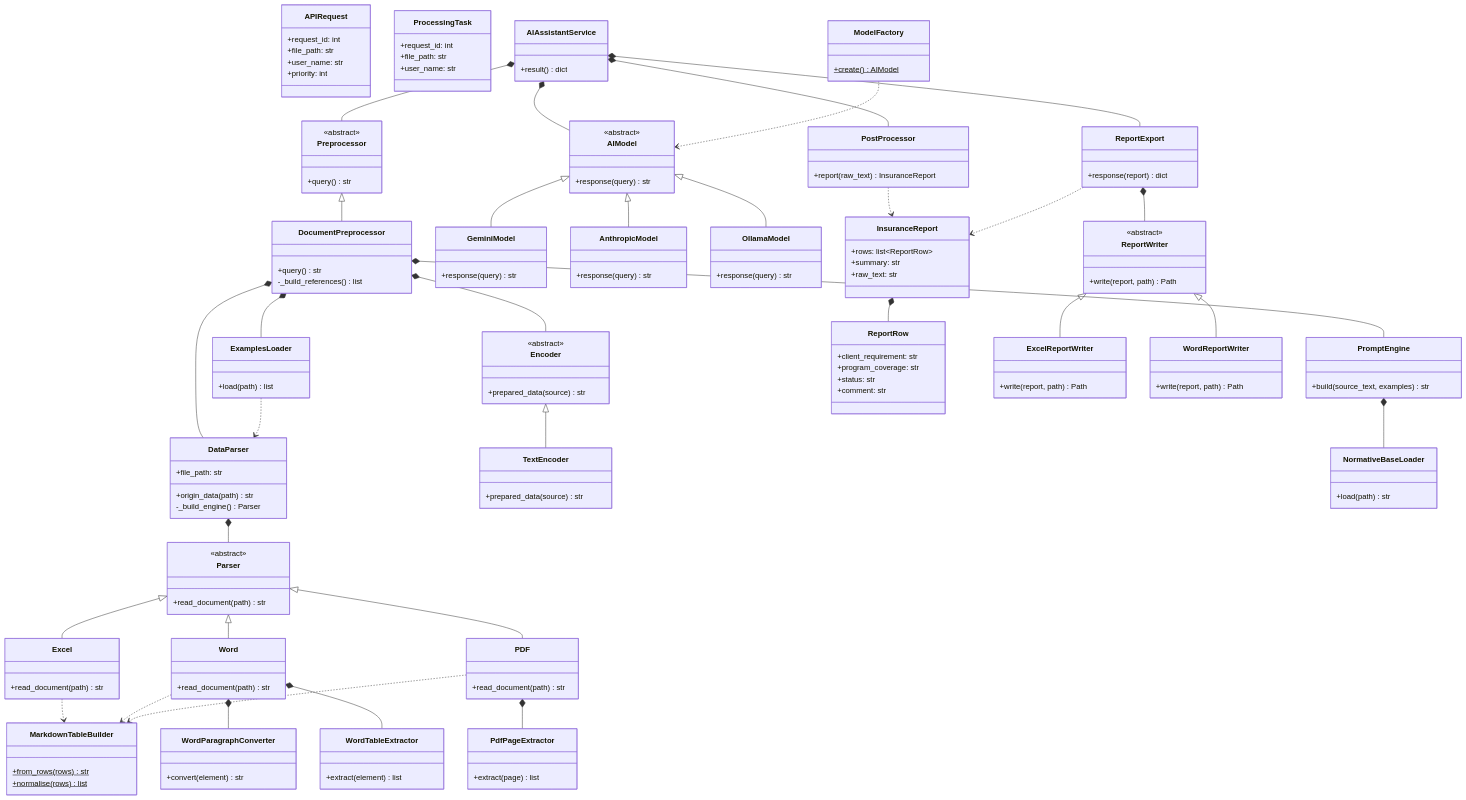
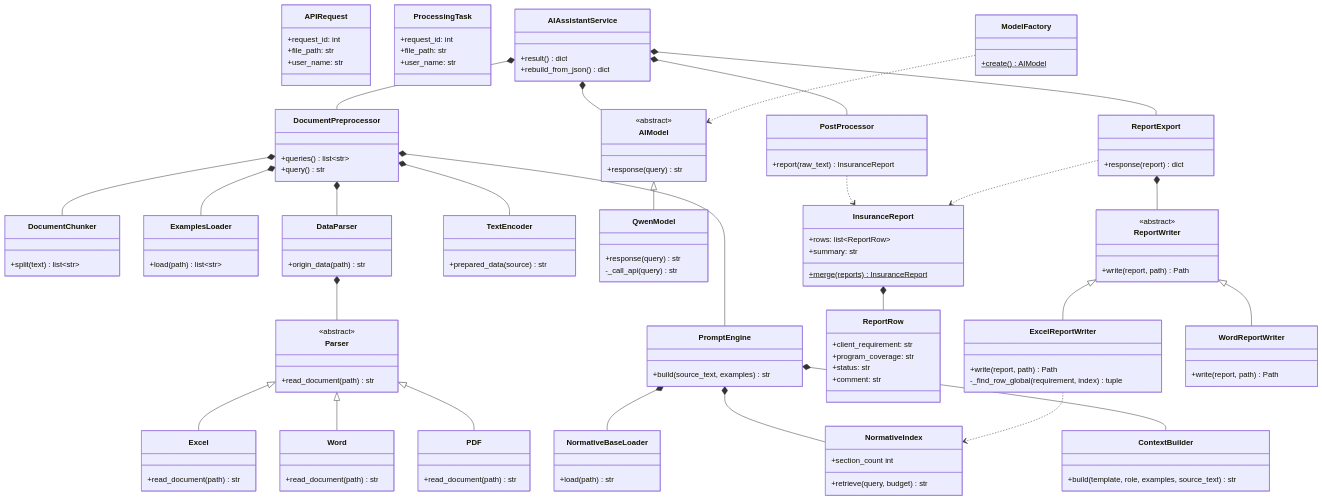
The diagram in docs/class_diagram.md (justsuvorov/document-assistant), drawn with Mermaid before and after one commit. The commit also changed 9 other files, not shown here.

````diff
--- a/docs/class_diagram.md
+++ b/docs/class_diagram.md
@@ -9,7 +9,6 @@
         +request_id: int
         +file_path: str
         +user_name: str
-        +priority: int
     }
 
     class ProcessingTask {
@@ -21,27 +20,25 @@
     %% ── Orchestrator ─────────────────────────────────────────────────────────
     class AIAssistantService {
         +result() dict
+        +rebuild_from_json() dict
     }
 
     %% ── Preprocessing ────────────────────────────────────────────────────────
-    class Preprocessor {
-        <<abstract>>
+    class DocumentPreprocessor {
+        +queries() list~str~
         +query() str
     }
 
-    class DocumentPreprocessor {
-        +query() str
-        -_build_references() list
+    class DocumentChunker {
+        +split(text) list~str~
     }
 
     class ExamplesLoader {
-        +load(path) list
+        +load(path) list~str~
     }
 
     class DataParser {
-        +file_path: str
         +origin_data(path) str
-        -_build_engine() Parser
     }
 
     class Parser {
@@ -52,20 +49,6 @@
     class Excel { +read_document(path) str }
     class Word  { +read_document(path) str }
     class PDF   { +read_document(path) str }
-
-    class MarkdownTableBuilder {
-        +from_rows(rows)$ str
-        +normalise(rows)$ list
-    }
-
-    class WordParagraphConverter { +convert(element) str }
-    class WordTableExtractor     { +extract(element) list }
-    class PdfPageExtractor       { +extract(page) list }
-
-    class Encoder {
-        <<abstract>>
-        +prepared_data(source) str
-    }
 
     class TextEncoder {
         +prepared_data(source) str
@@ -79,15 +62,25 @@
         +load(path) str
     }
 
+    class NormativeIndex {
+        +retrieve(query, budget) str
+        +section_count int
+    }
+
+    class ContextBuilder {
+        +build(template, role, examples, source_text) str
+    }
+
     %% ── LLM Models ───────────────────────────────────────────────────────────
     class AIModel {
         <<abstract>>
         +response(query) str
     }
 
-    class GeminiModel    { +response(query) str }
-    class AnthropicModel { +response(query) str }
-    class OllamaModel    { +response(query) str }
+    class QwenModel {
+        +response(query) str
+        -_call_api(query) str
+    }
 
     class ModelFactory {
         +create()$ AIModel
@@ -101,7 +94,7 @@
     class InsuranceReport {
         +rows: list~ReportRow~
         +summary: str
-        +raw_text: str
+        +merge(reports)$ InsuranceReport
     }
 
     class ReportRow {
@@ -121,46 +114,45 @@
         +write(report, path) Path
     }
 
-    class ExcelReportWriter { +write(report, path) Path }
-    class WordReportWriter  { +write(report, path) Path }
+    class ExcelReportWriter {
+        +write(report, path) Path
+        -_find_row_global(requirement, index) tuple
+    }
+
+    class WordReportWriter {
+        +write(report, path) Path
+    }
 
     %% ── Inheritance ──────────────────────────────────────────────────────────
-    Preprocessor  <|-- DocumentPreprocessor
     Parser        <|-- Excel
     Parser        <|-- Word
     Parser        <|-- PDF
-    Encoder       <|-- TextEncoder
-    AIModel       <|-- GeminiModel
-    AIModel       <|-- AnthropicModel
-    AIModel       <|-- OllamaModel
+    AIModel       <|-- QwenModel
     ReportWriter  <|-- ExcelReportWriter
     ReportWriter  <|-- WordReportWriter
 
     %% ── Composition ─────────────────────────────────────────────────────────
-    AIAssistantService   *-- Preprocessor
+    AIAssistantService   *-- DocumentPreprocessor
     AIAssistantService   *-- PostProcessor
     AIAssistantService   *-- AIModel
     AIAssistantService   *-- ReportExport
 
     DocumentPreprocessor *-- DataParser
-    DocumentPreprocessor *-- Encoder
+    DocumentPreprocessor *-- TextEncoder
     DocumentPreprocessor *-- PromptEngine
+    DocumentPreprocessor *-- DocumentChunker
     DocumentPreprocessor *-- ExamplesLoader
 
-    DataParser      *-- Parser
-    Word            *-- WordParagraphConverter
-    Word            *-- WordTableExtractor
-    PDF             *-- PdfPageExtractor
-    PromptEngine    *-- NormativeBaseLoader
-    ReportExport    *-- ReportWriter
+    DataParser    *-- Parser
+    PromptEngine  *-- NormativeBaseLoader
+    PromptEngine  *-- NormativeIndex
+    PromptEngine  *-- ContextBuilder
+    ReportExport  *-- ReportWriter
     InsuranceReport *-- ReportRow
 
     %% ── Dependencies ─────────────────────────────────────────────────────────
-    Excel          ..> MarkdownTableBuilder
-    Word           ..> MarkdownTableBuilder
-    PDF            ..> MarkdownTableBuilder
-    ExamplesLoader ..> DataParser
     ModelFactory   ..> AIModel
     PostProcessor  ..> InsuranceReport
     ReportExport   ..> InsuranceReport
+    ExcelReportWriter ..> NormativeIndex
 ```
````
